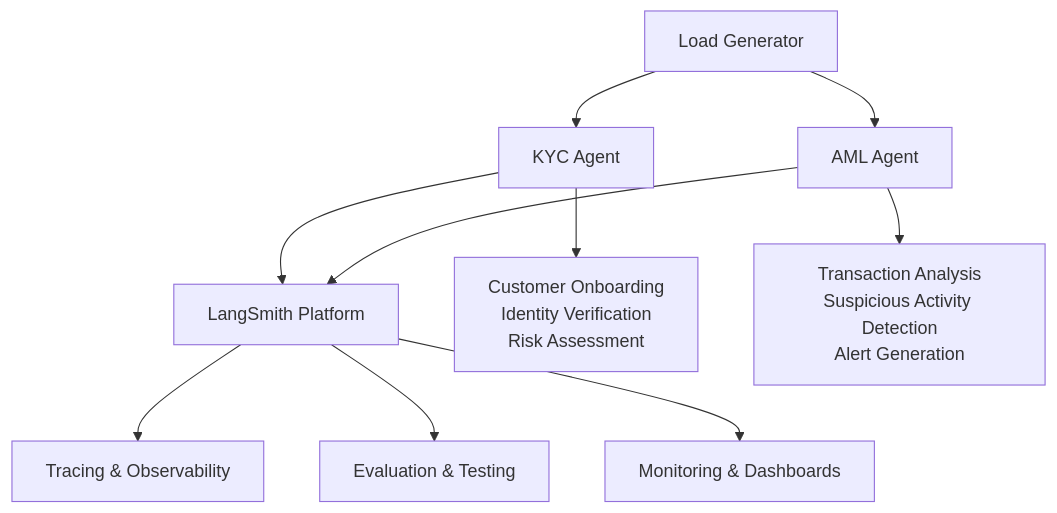
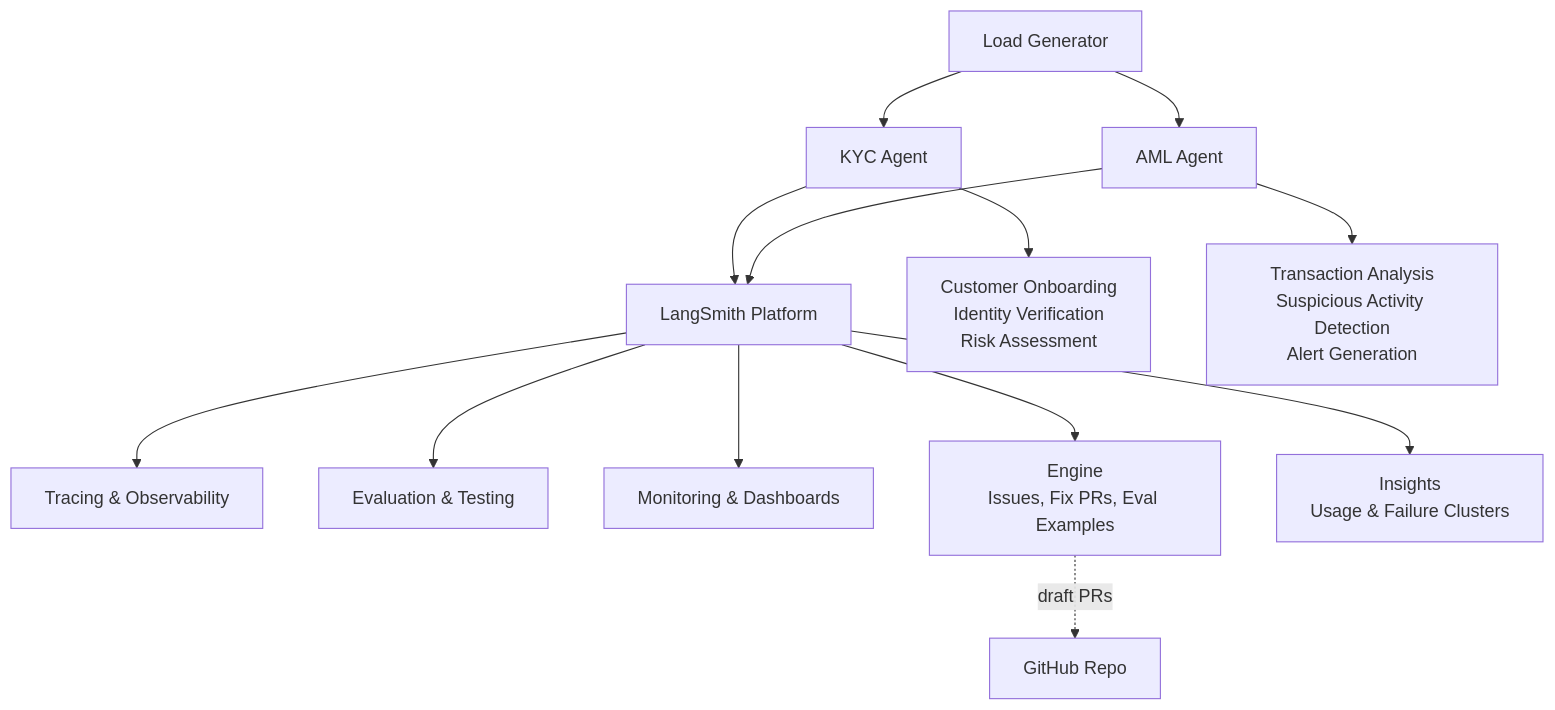
One commit to langchain-samples/financial_services_aml_demo changed the diagram in README.md. Above: the diagram before and after it, drawn with Mermaid. The commit also changed other lines of this file and 123 other files, not shown here.

First line of the commit message:
Add LangSmith Engine and Insights, evaluation suite, and AML Reviews UI

````diff
--- a/README.md
+++ b/README.md
@@ -7,13 +7,16 @@
 ```mermaid
 flowchart TB
     LoadGen[Load Generator] --> KYC[KYC Agent]
     LoadGen --> AML[AML Agent]
     KYC --> LangSmith[LangSmith Platform]
     AML --> LangSmith
     LangSmith --> Tracing[Tracing & Observability]
     LangSmith --> Eval[Evaluation & Testing]
     LangSmith --> Monitor[Monitoring & Dashboards]
+    LangSmith --> Engine[Engine<br/>Issues, Fix PRs, Eval Examples]
+    LangSmith --> Insights[Insights<br/>Usage & Failure Clusters]
+    Engine -.draft PRs.-> Repo[GitHub Repo]
     
     KYC --> KYCWorkflow[Customer Onboarding<br/>Identity Verification<br/>Risk Assessment]
     AML --> AMLWorkflow[Transaction Analysis<br/>Suspicious Activity Detection<br/>Alert Generation]
 ```
````
